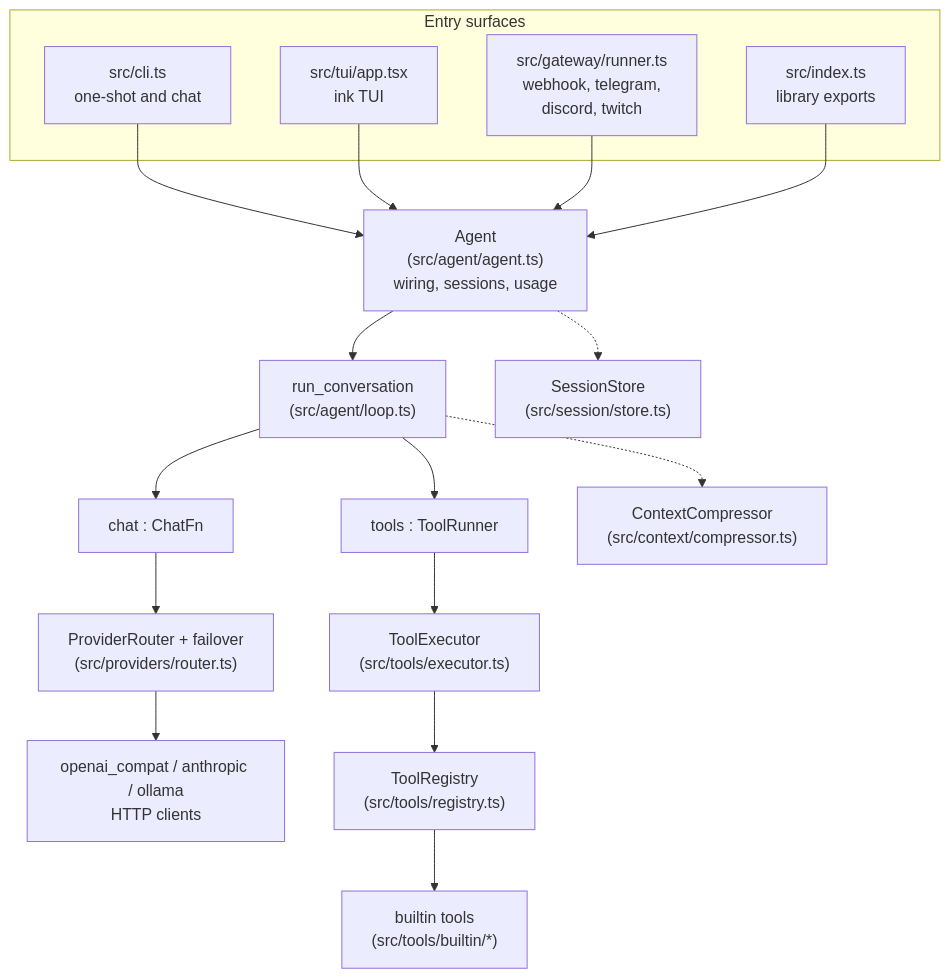
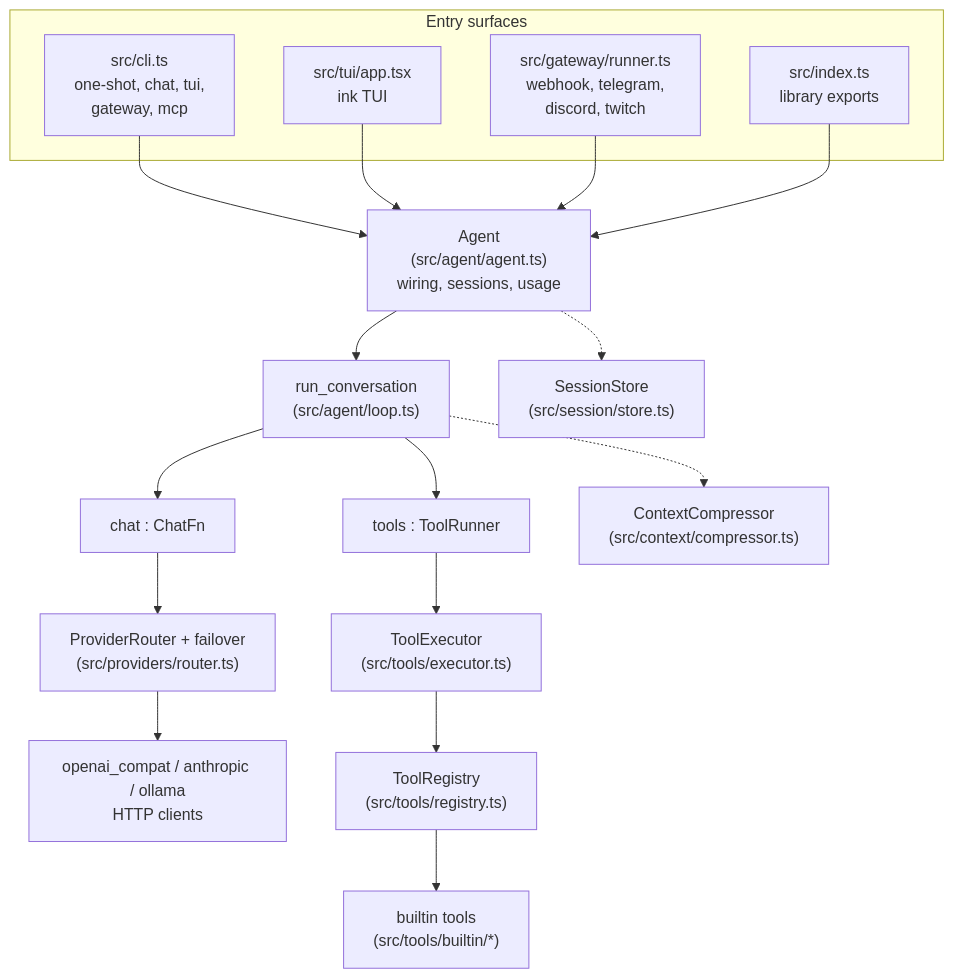
One commit to Moikapy/lich changed the diagram in docs/architecture/overview.md. Above: the diagram before and after it, drawn with Mermaid. The commit also changed other lines of this file and 14 other files, not shown here.

````diff
--- a/docs/architecture/overview.md
+++ b/docs/architecture/overview.md
@@ -15,35 +18,35 @@
 ```mermaid
 flowchart TB
     subgraph entry["Entry surfaces"]
-        CLI["src/cli.ts<br/>one-shot and chat"]
+        CLI["src/cli.ts<br/>one-shot, chat, tui,<br/>gateway, mcp"]
         TUI["src/tui/app.tsx<br/>ink TUI"]
         GW["src/gateway/runner.ts<br/>webhook, telegram,<br/>discord, twitch"]
         LIB["src/index.ts<br/>library exports"]
     end
     AGENT["Agent<br/>(src/agent/agent.ts)<br/>wiring, sessions, usage"]
     LOOP["run_conversation<br/>(src/agent/loop.ts)"]
     CHATFN["chat : ChatFn"]
     TOOLFN["tools : ToolRunner"]
     ROUTER["ProviderRouter + failover<br/>(src/providers/router.ts)"]
     CLIENTS["openai_compat / anthropic / ollama<br/>HTTP clients"]
     EXEC["ToolExecutor<br/>(src/tools/executor.ts)"]
     REG["ToolRegistry<br/>(src/tools/registry.ts)"]
         BUILTIN["builtin tools<br/>(src/tools/builtin/*)"]
     COMP["ContextCompressor<br/>(src/context/compressor.ts)"]
     SESSION["SessionStore<br/>(src/session/store.ts)"]
 
     CLI --> AGENT
     TUI --> AGENT
     GW --> AGENT
     LIB --> AGENT
     AGENT --> LOOP
     LOOP --> CHATFN
     LOOP --> TOOLFN
     CHATFN --> ROUTER
     ROUTER --> CLIENTS
     TOOLFN --> EXEC
     EXEC --> REG
     REG --> BUILTIN
     LOOP -.-> COMP
     AGENT -.-> SESSION
 ```
````
